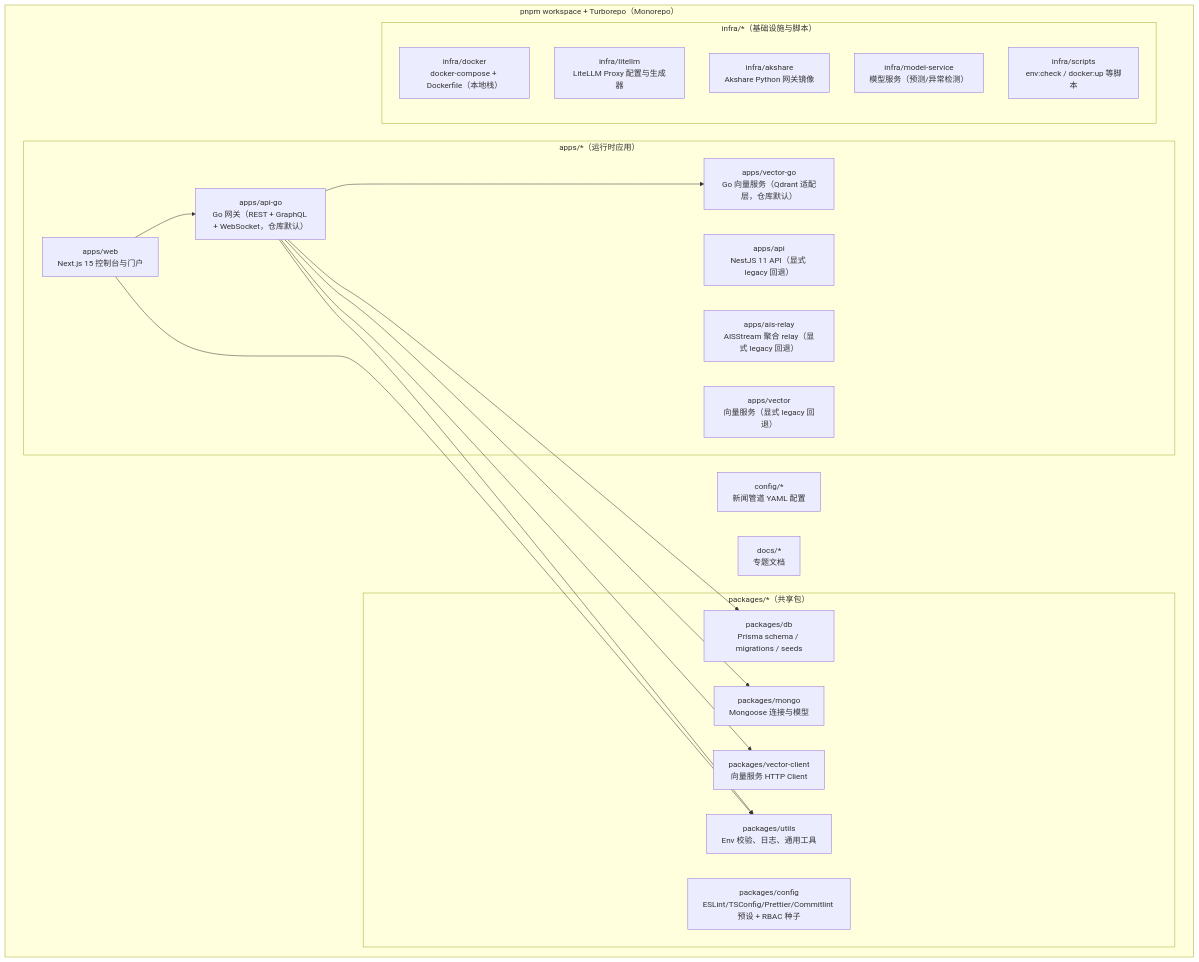
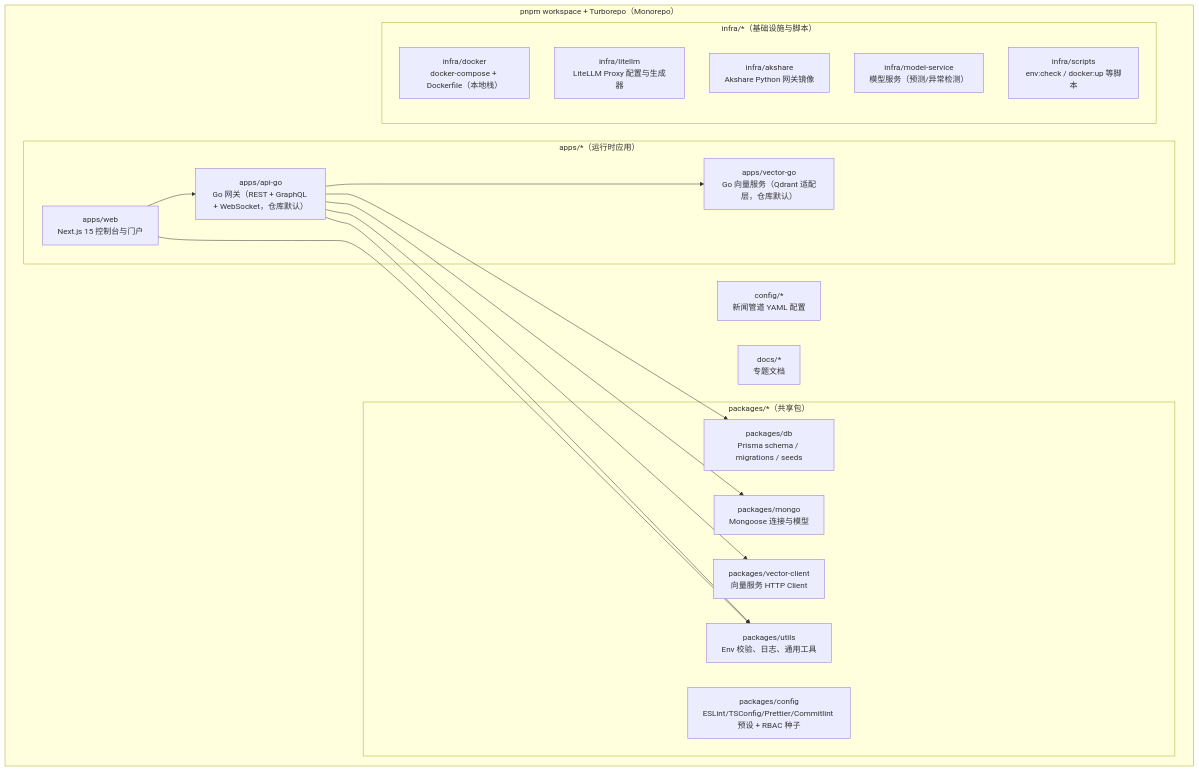
The first of 2 diagrams in README.md (wei500L/newwei), drawn with Mermaid before and after one commit. The commit also changed other lines of this file and 946 other files, not shown here.

````diff
--- a/README.md
+++ b/README.md
@@ -34,40 +34,37 @@
 ```mermaid
 flowchart TB
   subgraph workspace["pnpm workspace + Turborepo（Monorepo）"]
     subgraph apps["apps/*（运行时应用）"]
       web["apps/web\nNext.js 15 控制台与门户"]
       apiGo["apps/api-go\nGo 网关（REST + GraphQL + WebSocket，仓库默认）"]
       vectorGo["apps/vector-go\nGo 向量服务（Qdrant 适配层，仓库默认）"]
-      api["apps/api\nNestJS 11 API（显式 legacy 回退）"]
-      aisRelay["apps/ais-relay\nAISStream 聚合 relay（显式 legacy 回退）"]
-      vector["apps/vector\n向量服务（显式 legacy 回退）"]
     end
 
     subgraph packages["packages/*（共享包）"]
       db["packages/db\nPrisma schema / migrations / seeds"]
       mongo["packages/mongo\nMongoose 连接与模型"]
       utils["packages/utils\nEnv 校验、日志、通用工具"]
       config["packages/config\nESLint/TSConfig/Prettier/Commitlint 预设 + RBAC 种子"]
       vectorClient["packages/vector-client\n向量服务 HTTP Client"]
     end
 
     subgraph infra["infra/*（基础设施与脚本）"]
       docker["infra/docker\ndocker-compose + Dockerfile（本地栈）"]
       litellm["infra/litellm\nLiteLLM Proxy 配置与生成器"]
       akshare["infra/akshare\nAkshare Python 网关镜像"]
       modelService["infra/model-service\n模型服务（预测/异常检测）"]
       scripts["infra/scripts\nenv:check / docker:up 等脚本"]
     end
 
     cfg["config/*\n新闻管道 YAML 配置"]
     docs["docs/*\n专题文档"]
   end
 
   web --> apiGo
   apiGo --> db
   apiGo --> mongo
   apiGo --> vectorGo
   apiGo --> vectorClient
   web --> utils
   apiGo --> utils
 ```
````
